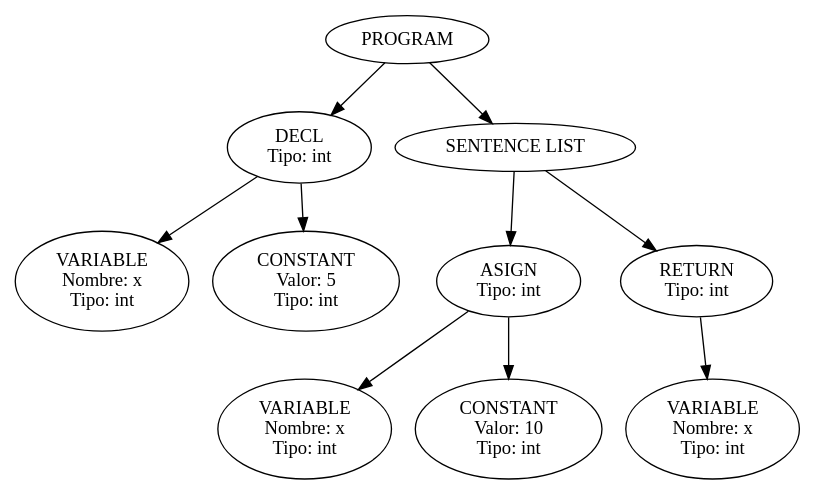
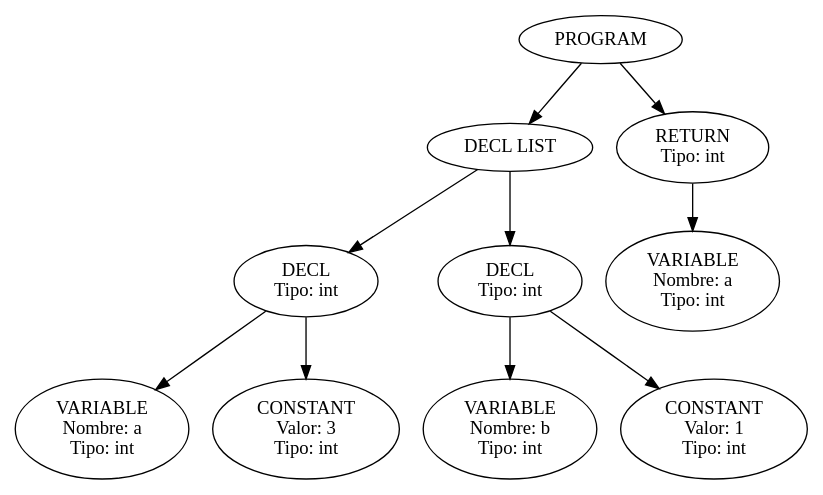
One commit to LucioMansilla/loopi_compiler changed the diagram in ast.dot. Above: the diagram before and after it, drawn with Graphviz. The commit also changed 25 other files, not shown here.

```diff
--- a/ast.dot
+++ b/ast.dot
@@ -1,21 +1,21 @@
 digraph AST {
   0 [label="PROGRAM"];
-  1 [label="DECL\nTipo: int"];
-  2 [label="VARIABLE\nNombre: x\nTipo: int"];
+  1 [label="DECL LIST"];
+  2 [label="DECL\nTipo: int"];
+  3 [label="VARIABLE\nNombre: a\nTipo: int"];
+  2 -> 3;
+  4 [label="CONSTANT\nValor: 3\nTipo: int"];
+  2 -> 4;
   1 -> 2;
-  3 [label="CONSTANT\nValor: 5\nTipo: int"];
-  1 -> 3;
+  5 [label="DECL\nTipo: int"];
+  6 [label="VARIABLE\nNombre: b\nTipo: int"];
+  5 -> 6;
+  7 [label="CONSTANT\nValor: 1\nTipo: int"];
+  5 -> 7;
+  1 -> 5;
   0 -> 1;
-  4 [label="SENTENCE LIST"];
-  5 [label="ASIGN\nTipo: int"];
-  6 [label="VARIABLE\nNombre: x\nTipo: int"];
-  5 -> 6;
-  7 [label="CONSTANT\nValor: 10\nTipo: int"];
-  5 -> 7;
-  4 -> 5;
   8 [label="RETURN\nTipo: int"];
-  9 [label="VARIABLE\nNombre: x\nTipo: int"];
+  9 [label="VARIABLE\nNombre: a\nTipo: int"];
   8 -> 9;
-  4 -> 8;
-  0 -> 4;
+  0 -> 8;
 }
```
